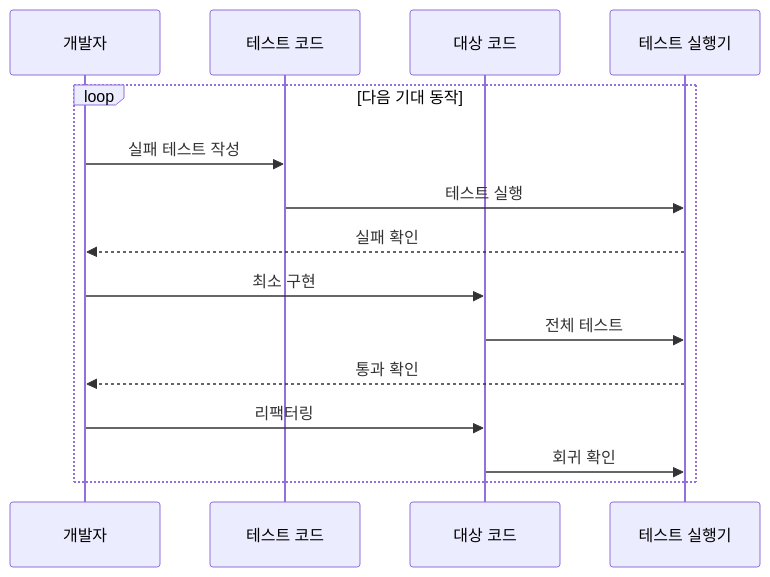
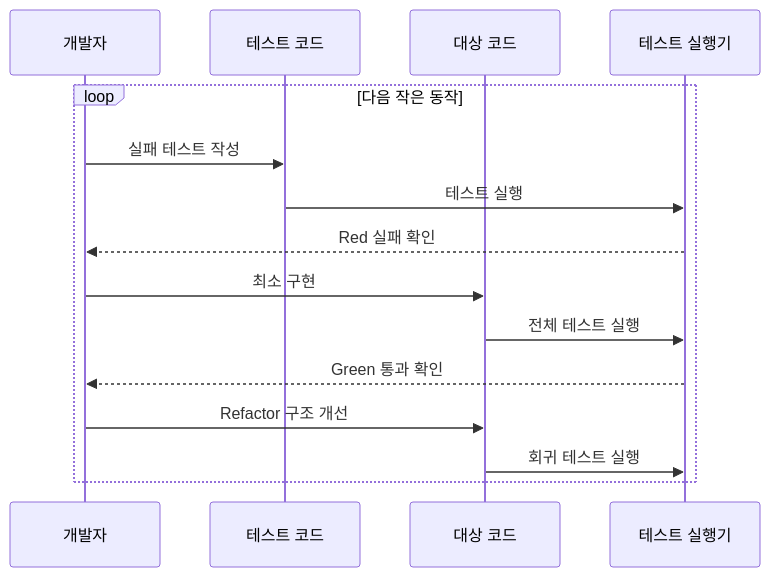
Before and after one commit to agnusdei1207/knowledge-base: the second of 2 diagrams in src/content/docs/notes/03-software/059_test_driven_development.md, drawn with Mermaid. The commit also changed other lines of this file and 7 other files, not shown here.

````diff
--- a/src/content/docs/notes/03-software/059_test_driven_development.md
+++ b/src/content/docs/notes/03-software/059_test_driven_development.md
@@ -91,17 +81,17 @@
 ```mermaid
 sequenceDiagram
     participant D as 개발자
     participant T as 테스트 코드
     participant S as 대상 코드
     participant R as 테스트 실행기
-    loop 다음 기대 동작
+    loop 다음 작은 동작
         D->>T: 실패 테스트 작성
         T->>R: 테스트 실행
-        R-->>D: 실패 확인
+        R-->>D: Red 실패 확인
         D->>S: 최소 구현
-        S->>R: 전체 테스트
-        R-->>D: 통과 확인
-        D->>S: 리팩터링
-        S->>R: 회귀 확인
+        S->>R: 전체 테스트 실행
+        R-->>D: Green 통과 확인
+        D->>S: Refactor 구조 개선
+        S->>R: 회귀 테스트 실행
     end
 ```
````
